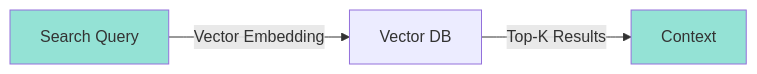
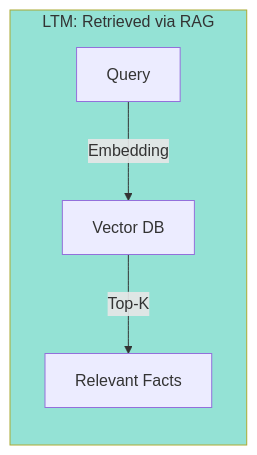
One commit to Amie-dev/FDE-and-GenAI-Mastery changed the second of 9 diagrams in Lecture 19 - Agent Memory Systems/notes/04_Dynamic_Context_Assembly_Stm_Ltm_Rag_Query.md. Above: the diagram before and after it, drawn with Mermaid. The commit also changed other lines of this file and 9 other files, not shown here.

````diff
--- a/Lecture 19 - Agent Memory Systems/notes/04_Dynamic_Context_Assembly_Stm_Ltm_Rag_Query.md
+++ b/Lecture 19 - Agent Memory Systems/notes/04_Dynamic_Context_Assembly_Stm_Ltm_Rag_Query.md
@@ -27,8 +35,9 @@
 ```mermaid
 flowchart LR
-    A["Search Query"] -->|Vector Embedding| B[Vector DB]
-    B -->|Top-K Results| C[Context]
+    subgraph LTM_RAG["LTM: Retrieved via RAG"]
+        A["Query"] -->|Embedding| B[Vector DB]
+        B -->|Top-K| C[Relevant Facts]
+    end
     
-    style A fill:#94e2d5
-    style C fill:#94e2d5
+    style LTM_RAG fill:#94e2d5
 ```
````
